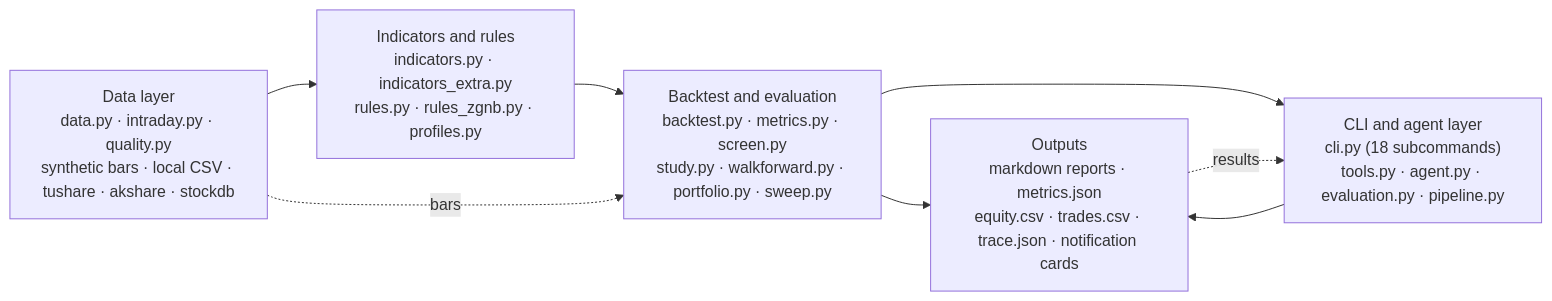
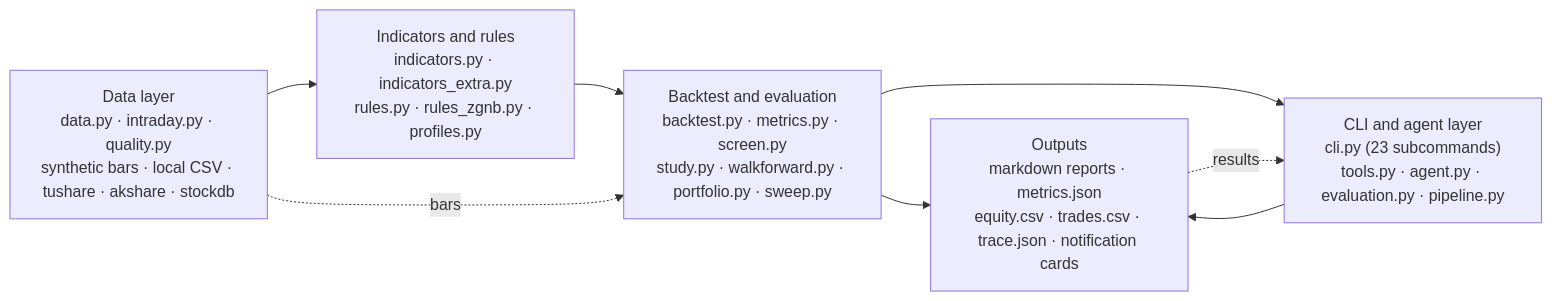
The diagram in README.en.md (zwb-tj/ashare-quant-lab), drawn with Mermaid before and after one commit. The commit also changed other lines of this file and 6 other files, not shown here.

````diff
--- a/README.en.md
+++ b/README.en.md
@@ -99,10 +99,10 @@
 ```mermaid
 graph LR
     DATA["Data layer<br/>data.py · intraday.py · quality.py<br/>synthetic bars · local CSV · tushare · akshare · stockdb"] --> IND["Indicators and rules<br/>indicators.py · indicators_extra.py<br/>rules.py · rules_zgnb.py · profiles.py"]
     IND --> BT["Backtest and evaluation<br/>backtest.py · metrics.py · screen.py<br/>study.py · walkforward.py · portfolio.py · sweep.py"]
     BT --> OUT["Outputs<br/>markdown reports · metrics.json<br/>equity.csv · trades.csv · trace.json · notification cards"]
-    BT --> CLI["CLI and agent layer<br/>cli.py (18 subcommands)<br/>tools.py · agent.py · evaluation.py · pipeline.py"]
+    BT --> CLI["CLI and agent layer<br/>cli.py (23 subcommands)<br/>tools.py · agent.py · evaluation.py · pipeline.py"]
     CLI --> OUT
     DATA -. "bars" .-> BT
     OUT -. "results" .-> CLI
 ```
````
